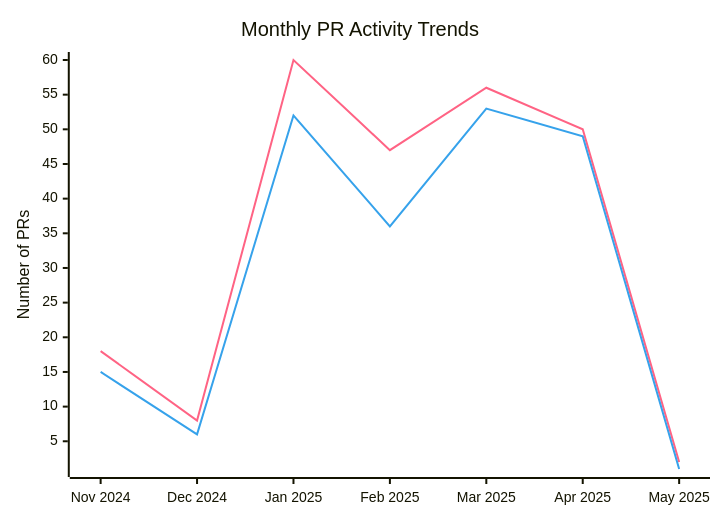
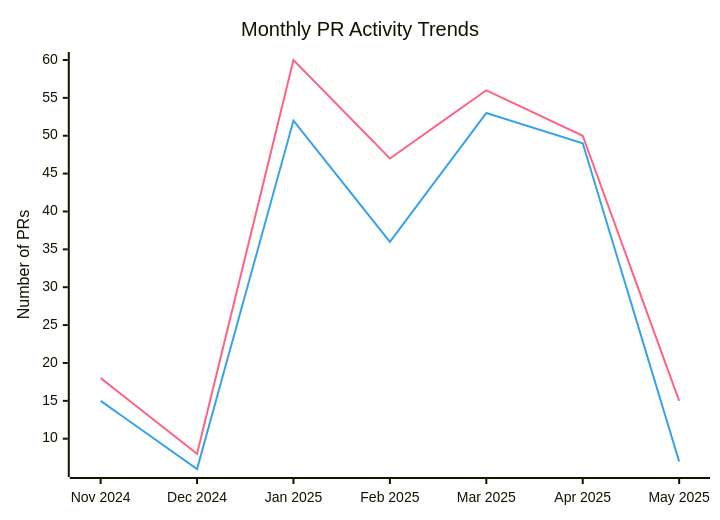
One commit to microsoft/edge-ai changed the first of 11 diagrams in docs/contributions.md. Above: the diagram before and after it, drawn with Mermaid. The commit also changed other lines of this file and 6 other files, not shown here.

````diff
--- a/docs/contributions.md
+++ b/docs/contributions.md
@@ -21,10 +21,10 @@
 ``` mermaid
 
 xychart-beta
     title "Monthly PR Activity Trends"
 %%{init: {"themeVariables": {"xyChart": {"plotColorPalette": "#FF6384, #36A2EB"}}}}%%
     x-axis ["Nov 2024", "Dec 2024", "Jan 2025", "Feb 2025", "Mar 2025", "Apr 2025", "May 2025"]
     y-axis "Number of PRs"
-    line "Created PRs" [18, 8, 60, 47, 56, 50, 2]
-    line "Completed PRs" [15, 6, 52, 36, 53, 49, 1]
+    line "Created PRs" [18, 8, 60, 47, 56, 50, 15]
+    line "Completed PRs" [15, 6, 52, 36, 53, 49, 7]
 ```
````
